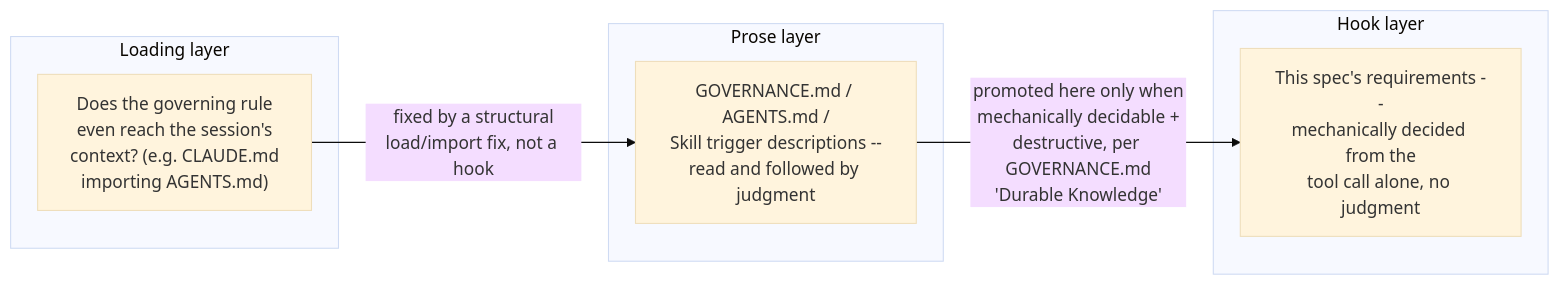
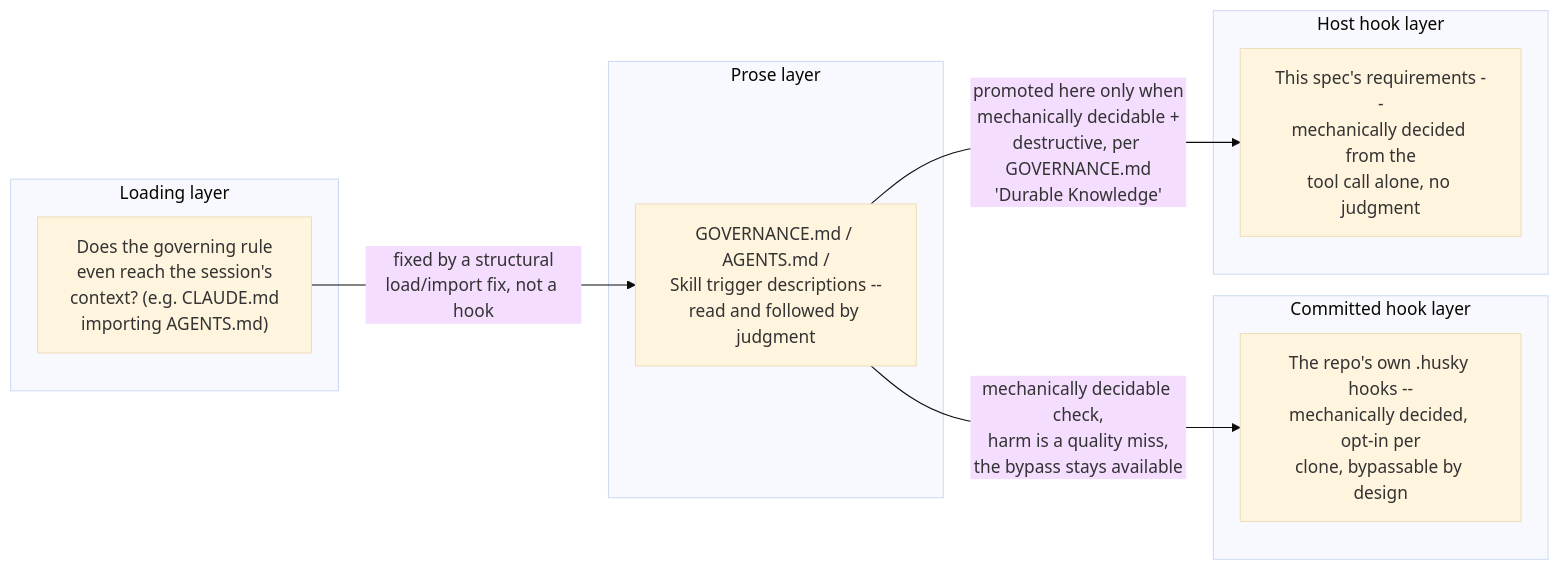
The second of 2 diagrams in host-setup/agent-safety/README.md (ptr727/ProjectTemplate), drawn with Mermaid (base theme) before and after one commit. The commit also changed other lines of this file and 20 other files, not shown here.

````diff
--- a/host-setup/agent-safety/README.md
+++ b/host-setup/agent-safety/README.md
@@ -199,14 +199,18 @@
 ```mermaid
 flowchart LR
     subgraph layer1["Loading layer"]
         L1["Does the governing rule\neven reach the session's\ncontext? (e.g. CLAUDE.md\nimporting AGENTS.md)"]
     end
     subgraph layer2["Prose layer"]
         L2["GOVERNANCE.md / AGENTS.md /\nSkill trigger descriptions --\nread and followed by judgment"]
     end
-    subgraph layer3["Hook layer"]
+    subgraph layer2b["Committed hook layer"]
+        L2B["The repo's own .husky hooks --\nmechanically decided, opt-in per\nclone, bypassable by design"]
+    end
+    subgraph layer3["Host hook layer"]
         L3["This spec's requirements --\nmechanically decided from the\ntool call alone, no judgment"]
     end
     L1 -->|"fixed by a structural\nload/import fix, not a hook"| L2
+    L2 -->|"mechanically decidable check,\nharm is a quality miss,\nthe bypass stays available"| L2B
     L2 -->|"promoted here only when\nmechanically decidable +\ndestructive, per GOVERNANCE.md\n'Durable Knowledge'"| L3
 ```
````
